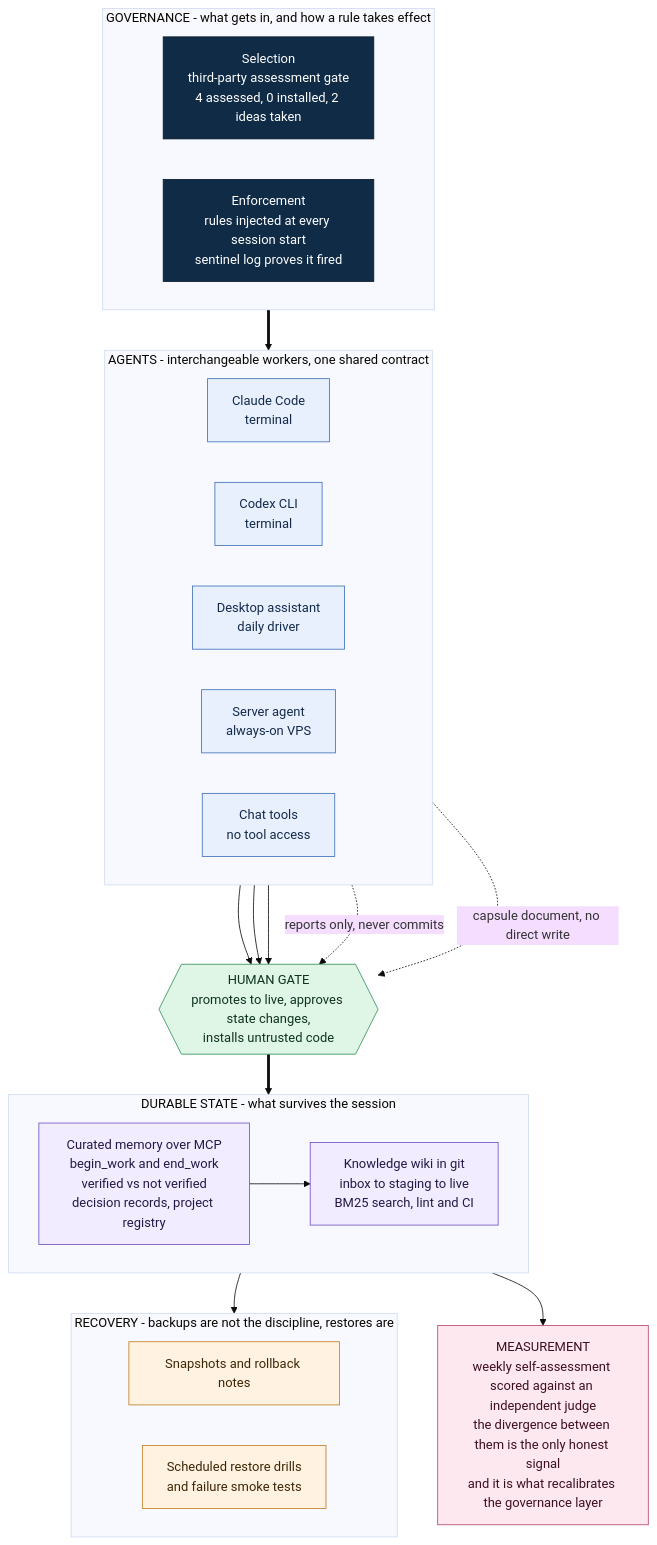
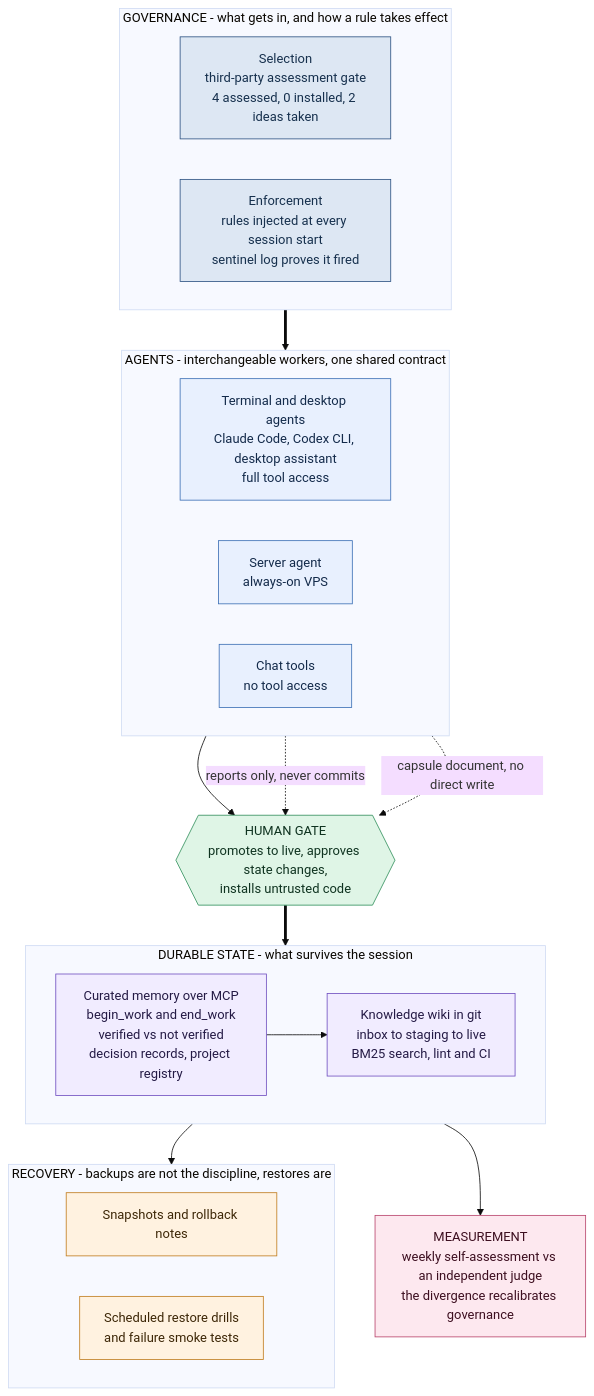
The diagram in README.md (artemtrofymenko/agent-ops-notes), drawn with Mermaid (base theme) before and after one commit.

Commit message:
docs: shorten the diagram, mermaid ignores subgraph direction without internal edges
Only DURABLE STATE rendered horizontally, because it is the one subgraph with
an edge inside it. Everywhere else direction LR was silently dropped and the
nodes stacked, which is what made the picture tall and mostly empty.

Fixed by cutting nodes rather than by adding invisible links, so the source
stays on syntax already proven to render in this document:

- Agents collapse from five product boxes to three, which is also the truer
  statement: most agents are equivalent, exactly two are constrained
- Measurement label trimmed from four lines to two
- Governance boxes softened from near-black to a slate that sits in the same
  pastel palette as the rest

````diff
--- a/README.md
+++ b/README.md
@@ -23,59 +23,55 @@
 ```mermaid
 flowchart TB
 
   subgraph GOV["GOVERNANCE - what gets in, and how a rule takes effect"]
     direction LR
     SEL["Selection<br/>third-party assessment gate<br/>4 assessed, 0 installed, 2 ideas taken"]
     ENF["Enforcement<br/>rules injected at every session start<br/>sentinel log proves it fired"]
   end
 
   subgraph AG["AGENTS - interchangeable workers, one shared contract"]
     direction LR
-    CC["Claude Code<br/>terminal"]
-    CX["Codex CLI<br/>terminal"]
-    DH["Desktop assistant<br/>daily driver"]
+    FULL["Terminal and desktop agents<br/>Claude Code, Codex CLI, desktop assistant<br/>full tool access"]
     SH["Server agent<br/>always-on VPS"]
     GPT["Chat tools<br/>no tool access"]
   end
 
   GATE{{"HUMAN GATE<br/>promotes to live, approves state changes,<br/>installs untrusted code"}}
 
   subgraph STATE["DURABLE STATE - what survives the session"]
     direction LR
     MEM["Curated memory over MCP<br/>begin_work and end_work<br/>verified vs not verified<br/>decision records, project registry"]
     WIKI["Knowledge wiki in git<br/>inbox to staging to live<br/>BM25 search, lint and CI"]
   end
 
   subgraph SAFE["RECOVERY - backups are not the discipline, restores are"]
     direction LR
     SNAP["Snapshots and rollback notes"]
     DRILL["Scheduled restore drills<br/>and failure smoke tests"]
   end
 
-  MEAS["MEASUREMENT<br/>weekly self-assessment scored against an independent judge<br/>the divergence between them is the only honest signal<br/>and it is what recalibrates the governance layer"]
+  MEAS["MEASUREMENT<br/>weekly self-assessment vs an independent judge<br/>the divergence recalibrates governance"]
 
   GOV ==> AG
-  CC --> GATE
-  CX --> GATE
-  DH --> GATE
+  FULL --> GATE
   SH -.->|"reports only, never commits"| GATE
   GPT -.->|"capsule document, no direct write"| GATE
   GATE ==> STATE
   MEM --> WIKI
   STATE --> SAFE
   STATE --> MEAS
 
-  classDef gov fill:#0f2b46,stroke:#08192b,color:#ffffff
+  classDef gov fill:#dde7f3,stroke:#2c5282,color:#16304d
   classDef agent fill:#e8f0fe,stroke:#3c6fb5,color:#132a4a
   classDef state fill:#f1ecff,stroke:#6f4fc0,color:#241a45
   classDef gate fill:#dff5e6,stroke:#2f8f5b,color:#0f3320
   classDef safe fill:#fff2e0,stroke:#c07d1e,color:#3d2707
   classDef meas fill:#fde8ef,stroke:#b8436b,color:#3d0f20
 
   class SEL,ENF gov
-  class CC,CX,DH,SH,GPT agent
+  class FULL,SH,GPT agent
   class MEM,WIKI state
   class GATE gate
   class SNAP,DRILL safe
   class MEAS meas
 ```
````
